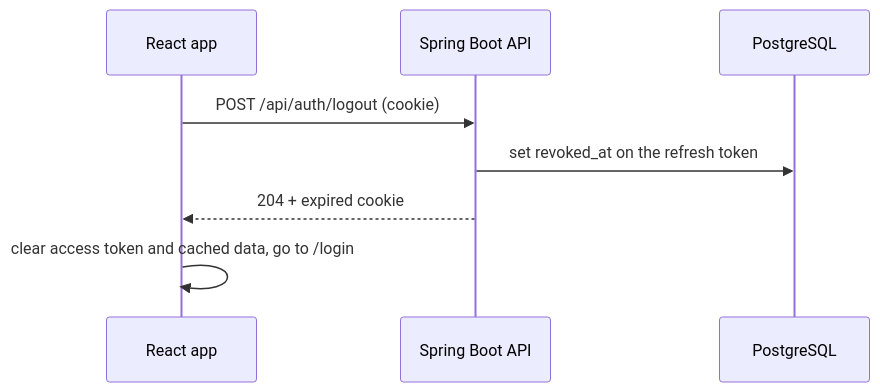
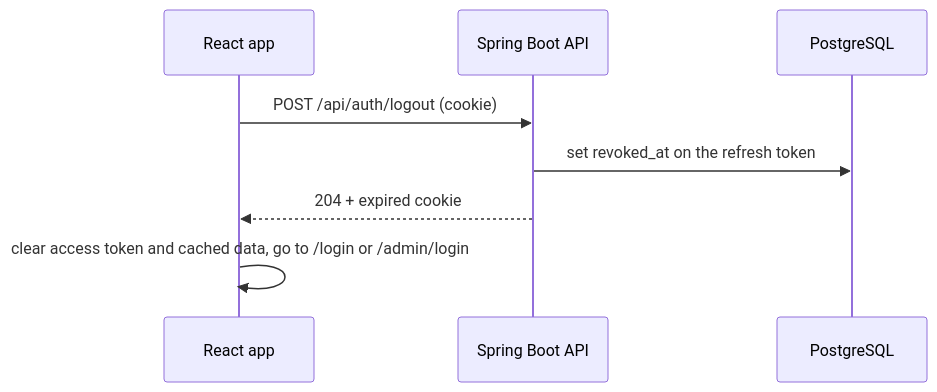
One commit to agusheryanto182/employee-portal changed the third of 4 diagrams in docs/auth-flows.md. Above: the diagram before and after it, drawn with Mermaid. The commit also changed other lines of this file and 5 other files, not shown here.

Commit message:
docs: reflect separate sign-in pages in flows, API, testing, deployment and README

````diff
--- a/docs/auth-flows.md
+++ b/docs/auth-flows.md
@@ -64,11 +66,11 @@
 ```mermaid
 sequenceDiagram
     participant FE as React app
     participant API as Spring Boot API
     participant DB as PostgreSQL
 
     FE->>API: POST /api/auth/logout (cookie)
     API->>DB: set revoked_at on the refresh token
     API-->>FE: 204 + expired cookie
-    FE->>FE: clear access token and cached data, go to /login
+    FE->>FE: clear access token and cached data, go to /login or /admin/login
 ```
````
